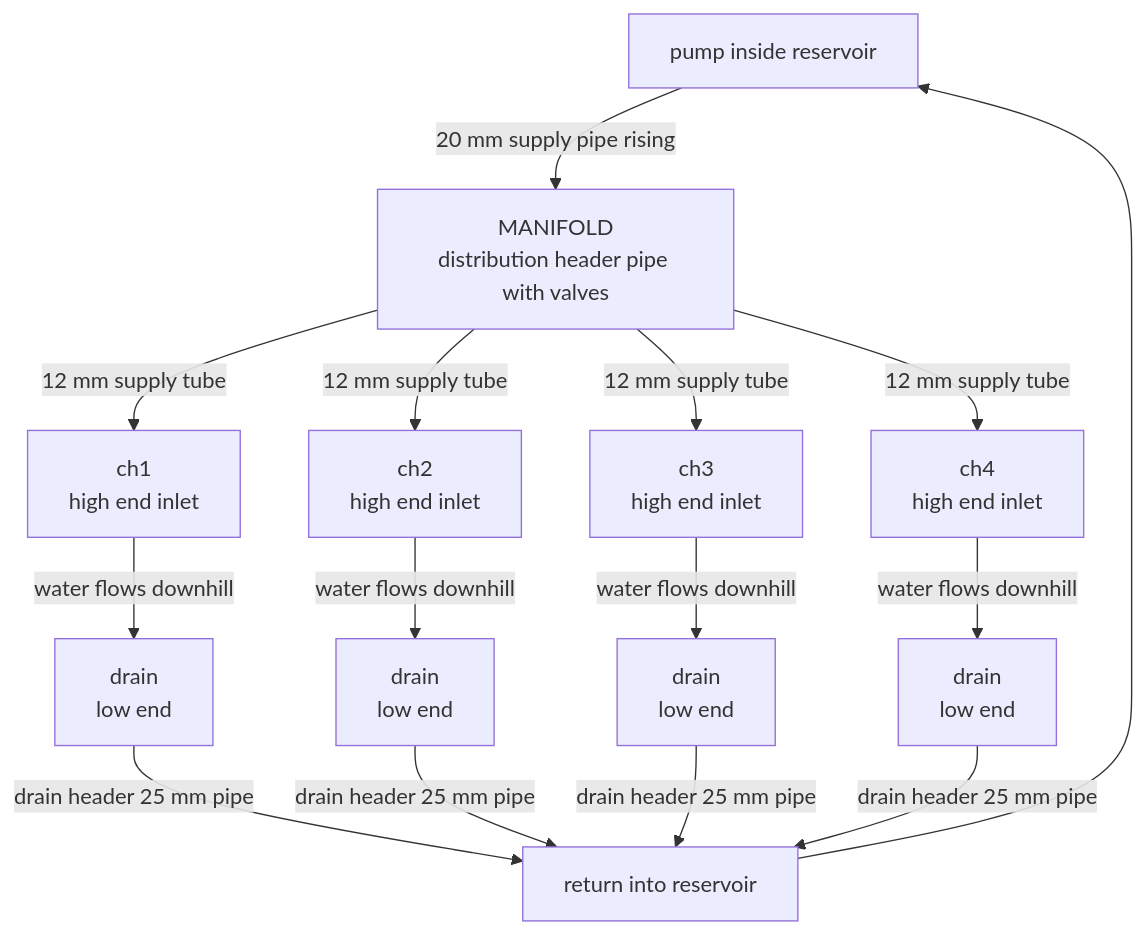
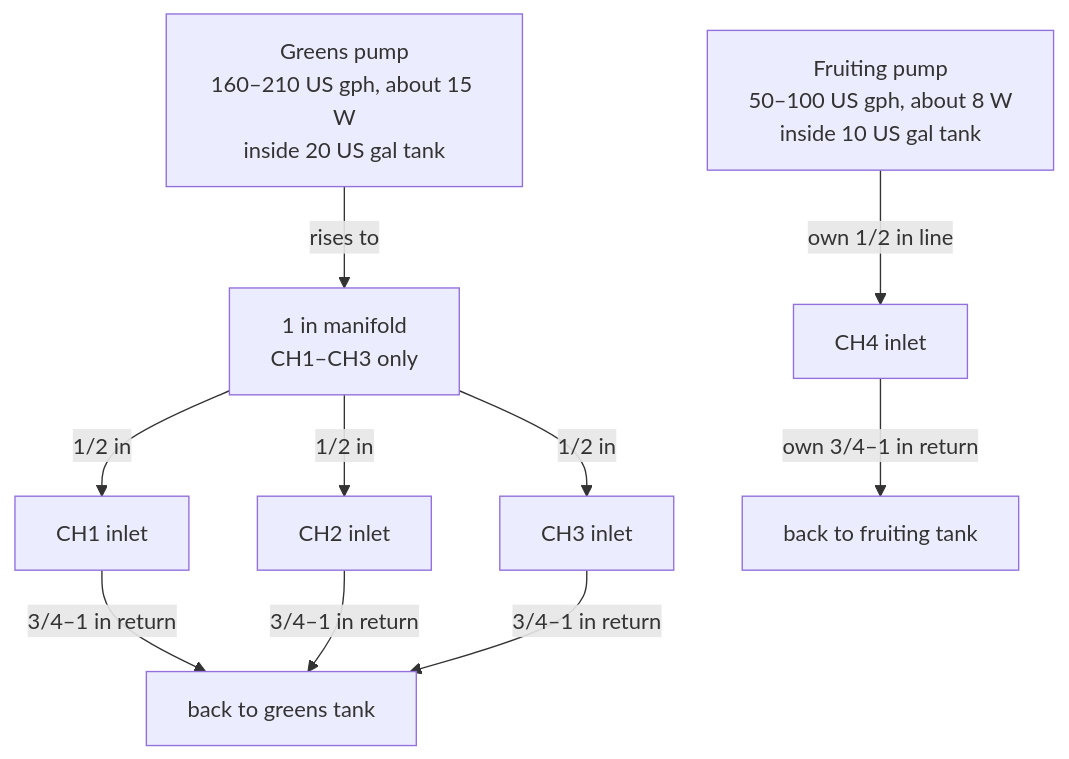
One commit to UncleJS/guide_hydroponics changed the tenth of 17 diagrams in guide/nft/11-build-guide.md. Above: the diagram before and after it, drawn with Mermaid. The commit also changed other lines of this file and 35 other files, not shown here.

````diff
--- a/guide/nft/11-build-guide.md
+++ b/guide/nft/11-build-guide.md
@@ -522,15 +530,12 @@
 ```mermaid
 flowchart TD
-    PUMP["pump inside reservoir"]
-    PUMP -->|"20 mm supply pipe rising"| MAN["MANIFOLD<br/>distribution header pipe with valves"]
-    MAN -->|"12 mm supply tube"| CH1["ch1<br/>high end inlet"]
-    MAN -->|"12 mm supply tube"| CH2["ch2<br/>high end inlet"]
-    MAN -->|"12 mm supply tube"| CH3["ch3<br/>high end inlet"]
-    MAN -->|"12 mm supply tube"| CH4["ch4<br/>high end inlet"]
-    CH1 -->|"water flows downhill"| D1["drain<br/>low end"]
-    CH2 -->|"water flows downhill"| D2["drain<br/>low end"]
-    CH3 -->|"water flows downhill"| D3["drain<br/>low end"]
-    CH4 -->|"water flows downhill"| D4["drain<br/>low end"]
-    D1 & D2 & D3 & D4 -->|"drain header 25 mm pipe"| RET["return into reservoir"]
-    RET --> PUMP
+    GP["Greens pump<br/>160–210 US gph, about 15 W<br/>inside 20 US gal tank"]
+    GP -->|"rises to"| MAN["1 in manifold<br/>CH1–CH3 only"]
+    MAN -->|"1/2 in"| CH1["CH1 inlet"]
+    MAN -->|"1/2 in"| CH2["CH2 inlet"]
+    MAN -->|"1/2 in"| CH3["CH3 inlet"]
+    CH1 & CH2 & CH3 -->|"3/4–1 in return"| GRET["back to greens tank"]
+    FP["Fruiting pump<br/>50–100 US gph, about 8 W<br/>inside 10 US gal tank"]
+    FP -->|"own 1/2 in line"| CH4["CH4 inlet"]
+    CH4 -->|"own 3/4–1 in return"| FRET["back to fruiting tank"]
 ```
````
